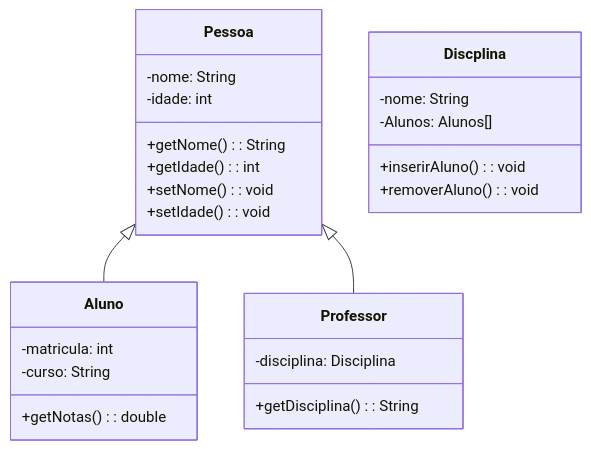
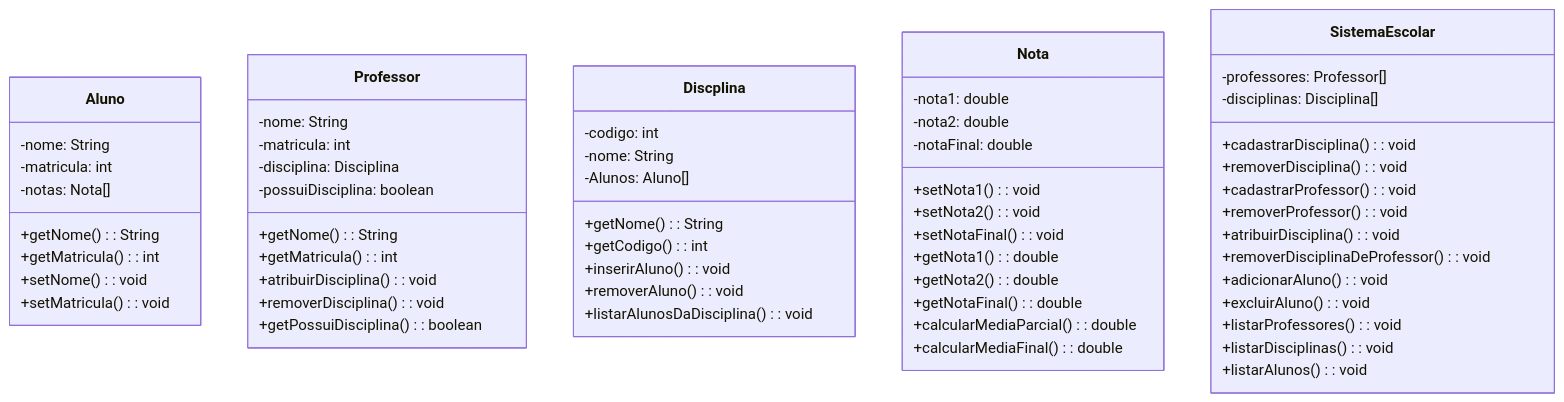
Before and after one commit to Bendelack/poo: the diagram in projeto_final/README.md, drawn with Mermaid. The commit also changed other lines of this file and 5 other files, not shown here.

````diff
--- a/projeto_final/README.md
+++ b/projeto_final/README.md
@@ -39,32 +39,67 @@
 ```mermaid
 classDiagram
-    class Pessoa {
-        -nome: String
-        -idade: int
-        +getNome(): String
-        +getIdade(): int
-        +setNome(): void
-        +setIdade(): void
-    }
 
     class Aluno {
+        -nome: String
         -matricula: int
-        -curso: String
-        +getNotas(): double
+        -notas: Nota[]
+        +getNome(): String
+        +getMatricula(): int
+        +setNome(): void
+        +setMatricula(): void
     }
 
     class Professor {
+        -nome: String
+        -matricula: int
         -disciplina: Disciplina
-        +getDisciplina(): String
+        -possuiDisciplina: boolean
+        +getNome(): String
+        +getMatricula(): int
+        +atribuirDisciplina(): void
+        +removerDisciplina(): void
+        +getPossuiDisciplina(): boolean
     }
 
     class Discplina {
+        -codigo: int
         -nome: String
-        -Alunos: Alunos[]
+        -Alunos: Aluno[]
+        +getNome(): String
+        +getCodigo(): int
         +inserirAluno(): void
         +removerAluno(): void
+        +listarAlunosDaDisciplina(): void
     }
 
-    Pessoa <|-- Aluno
-    Pessoa <|-- Professor
+    class Nota {
+        -nota1: double
+        -nota2: double
+        -notaFinal: double
+        +setNota1(): void
+        +setNota2(): void
+        +setNotaFinal(): void
+        +getNota1(): double
+        +getNota2(): double
+        +getNotaFinal(): double
+        +calcularMediaParcial(): double
+        +calcularMediaFinal(): double
+    }
+
+    class SistemaEscolar {
+        -professores: Professor[]
+        -disciplinas: Disciplina[]
+        +cadastrarDisciplina(): void
+        +removerDisciplina(): void
+        +cadastrarProfessor(): void
+        +removerProfessor(): void
+        +atribuirDisciplina(): void
+        +removerDisciplinaDeProfessor(): void
+        +adicionarAluno(): void
+        +excluirAluno(): void
+        +listarProfessores(): void
+        +listarDisciplinas(): void
+        +listarAlunos(): void
+    }
+
 ```
````
